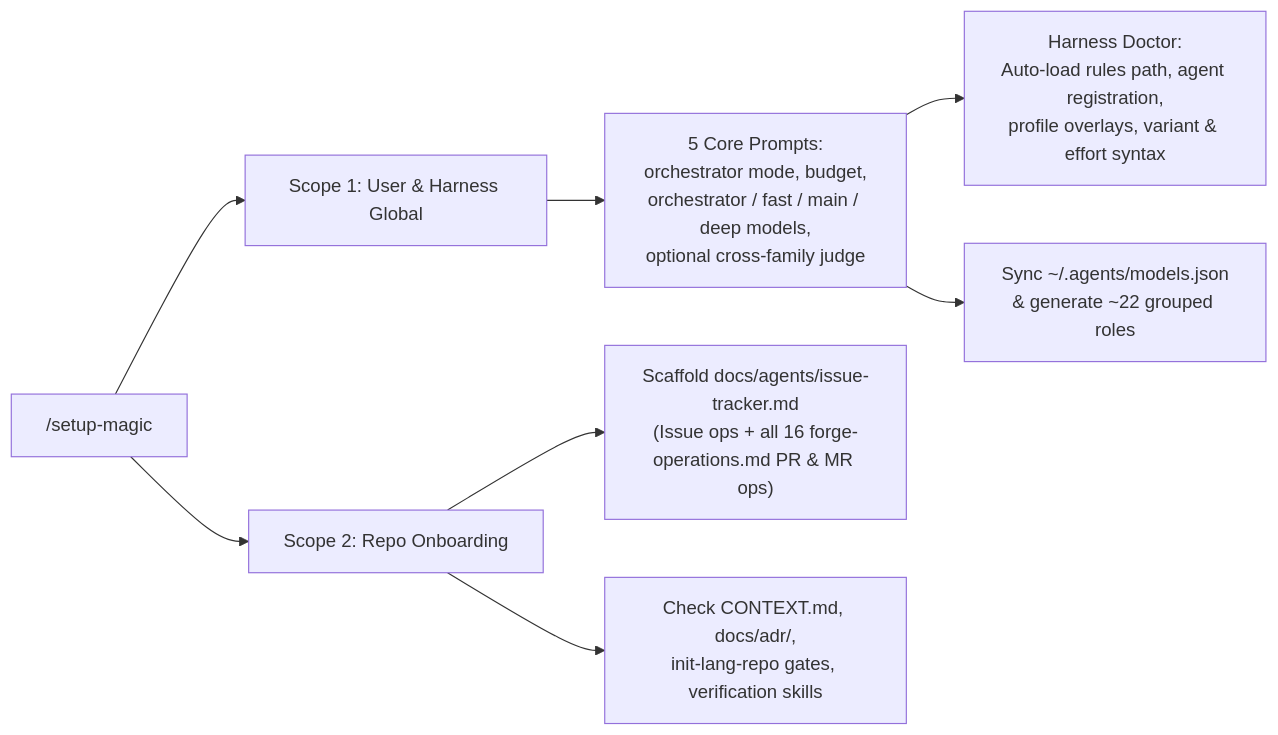
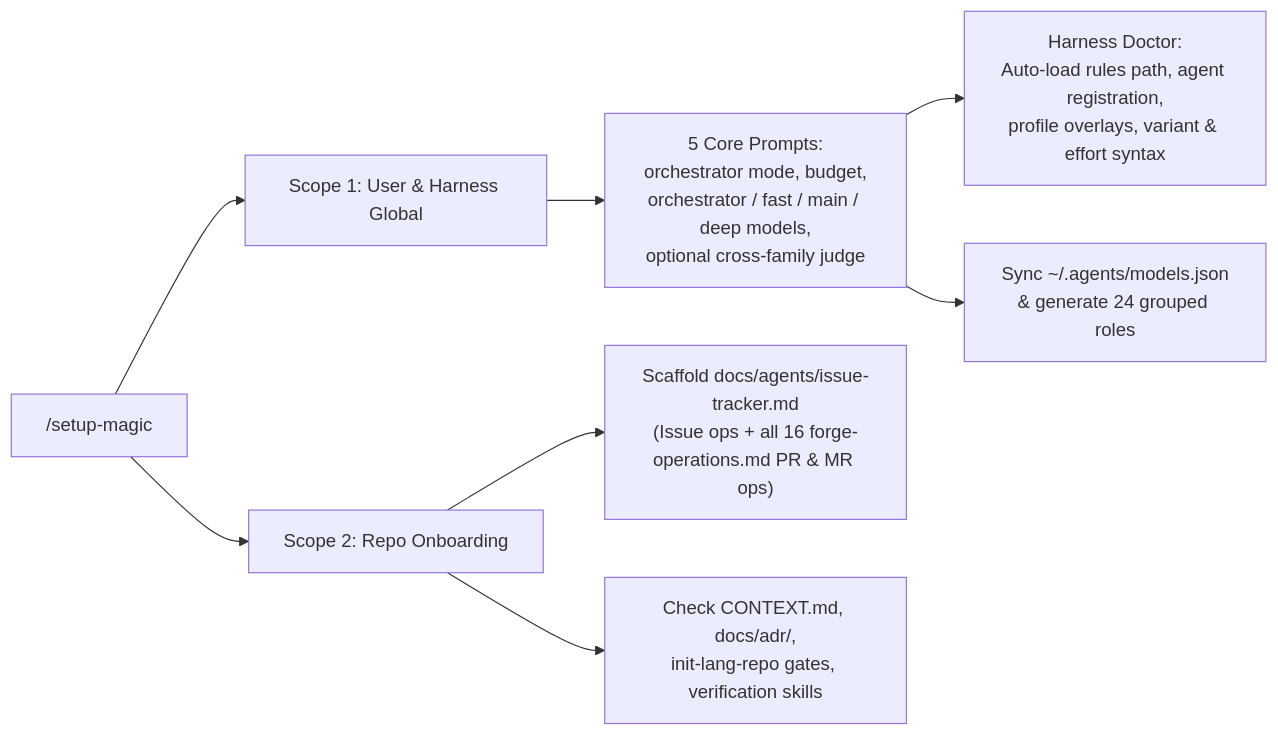
One commit to PhillipChaffee/.agents changed the second of 2 diagrams in docs/research/thin-orchestrator-and-setup-magic.md. Above: the diagram before and after it, drawn with Mermaid. The commit also changed other lines of this file and 26 other files, not shown here.

````diff
--- a/docs/research/thin-orchestrator-and-setup-magic.md
+++ b/docs/research/thin-orchestrator-and-setup-magic.md
@@ -84,10 +84,10 @@
 ```mermaid
 flowchart LR
     SM["/setup-magic"] --> S1[Scope 1: User & Harness Global]
     SM --> S2[Scope 2: Repo Onboarding]
     S1 --> Q[5 Core Prompts:<br/>orchestrator mode, budget,<br/>orchestrator / fast / main / deep models,<br/>optional cross-family judge]
     Q --> HD[Harness Doctor:<br/>Auto-load rules path, agent registration,<br/>profile overlays, variant & effort syntax]
-    Q --> MJ["Sync ~/.agents/models.json<br/>& generate ~22 grouped roles"]
+    Q --> MJ["Sync ~/.agents/models.json<br/>& generate 24 grouped roles"]
     S2 --> IT["Scaffold docs/agents/issue-tracker.md<br/>(Issue ops + all 16 forge-operations.md PR & MR ops)"]
     S2 --> RO["Check CONTEXT.md, docs/adr/,<br/>init-lang-repo gates, verification skills"]
 ```
````
